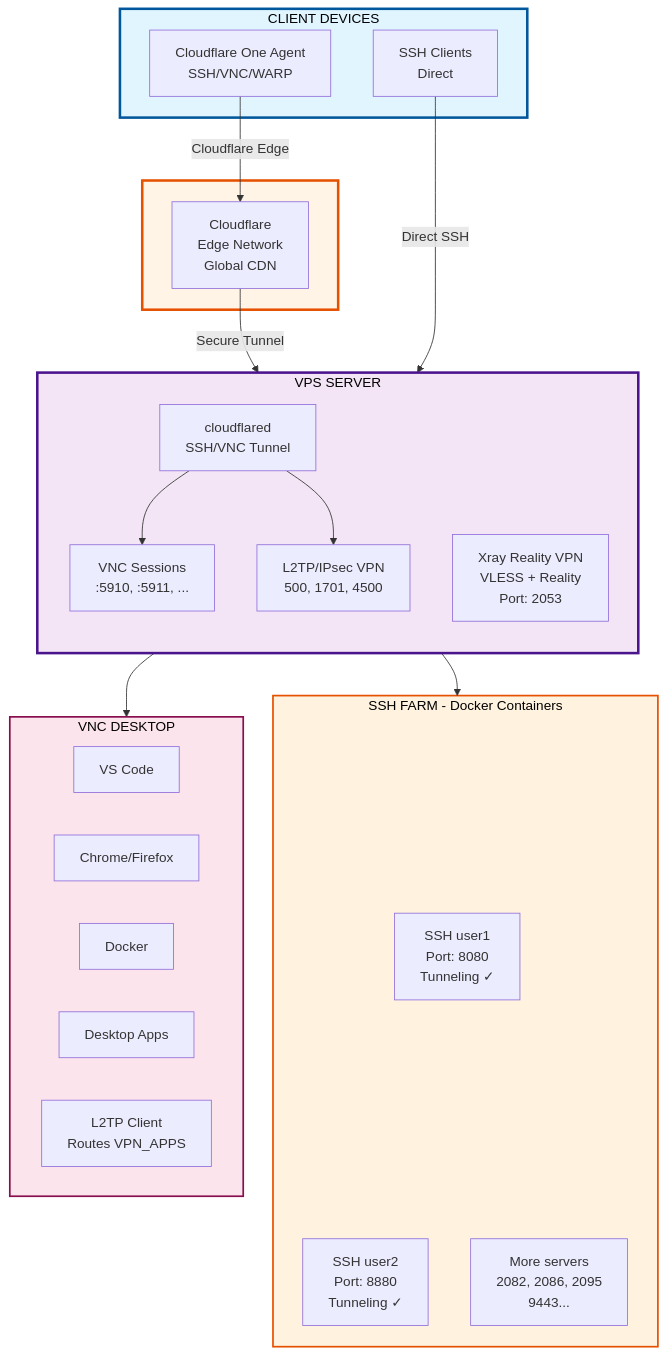
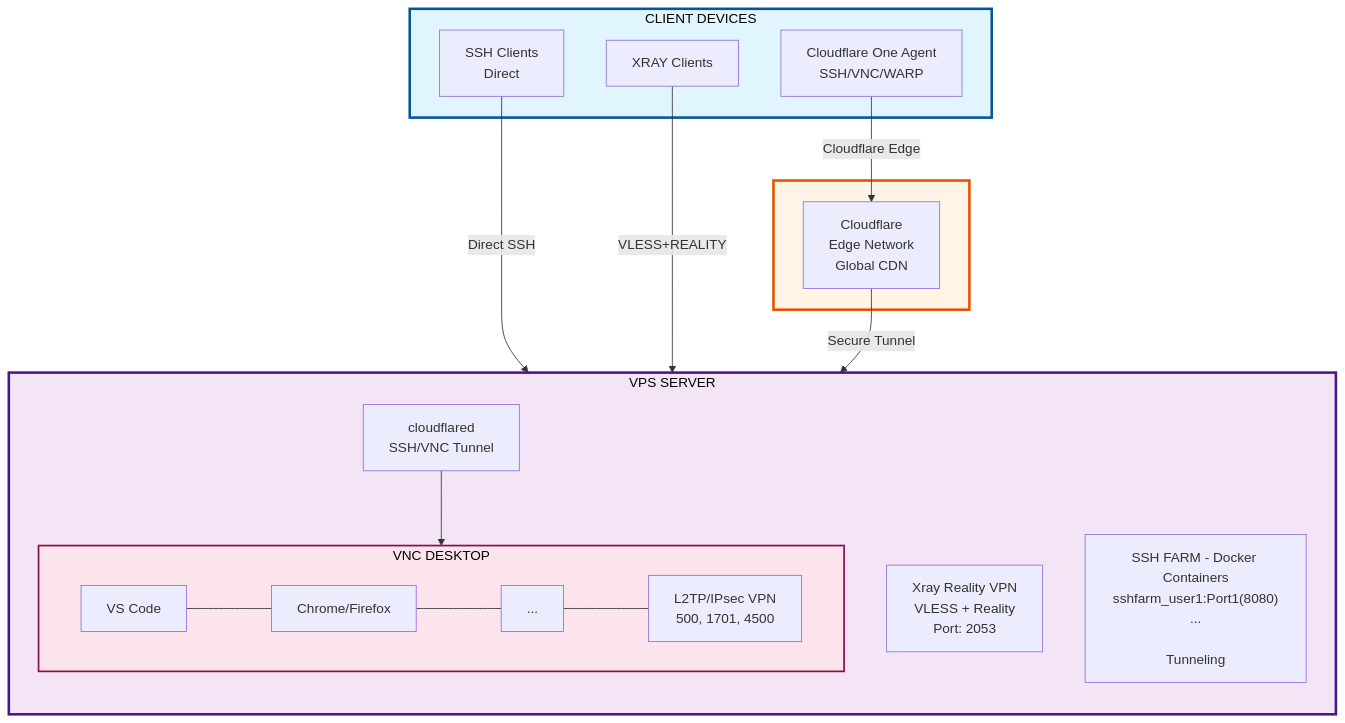
The diagram in README.md (HosseinBeheshti/setupWS), drawn with Mermaid before and after one commit.

Commit message:
Update README: add XRAY clients to architecture diagram and refine SSH farm representation

````diff
--- a/README.md
+++ b/README.md
@@ -16,50 +16,36 @@
 ```mermaid
 flowchart TB
     subgraph CLIENT[" CLIENT DEVICES "]
         CF["Cloudflare One Agent<br/>SSH/VNC/WARP"]
         SSHC["SSH Clients<br/>Direct"]
+        XRAYC["XRAY Clients"]
     end
 
     subgraph EDGE[" "]
         CFE["Cloudflare<br/>Edge Network<br/>Global CDN"]
     end
 
     subgraph VPS[" VPS SERVER "]
         direction TB
         CFD["cloudflared<br/>SSH/VNC Tunnel"]
         XRAY["Xray Reality VPN<br/>VLESS + Reality<br/>Port: 2053"]
-        VNC["VNC Sessions<br/>:5910, :5911, ..."]
-        L2TP["L2TP/IPsec VPN<br/>500, 1701, 4500"]
+        FARM[" SSH FARM - Docker Containers<br/>sshfarm_user1:Port1(8080)<br/>...<br/><br/>Tunneling "]
+        VNC_BOX[" VNC DESKTOP "]
     end
 
-    subgraph FARM[" SSH FARM - Docker Containers "]
-        SSH1["SSH user1<br/>Port: 8080<br/>Tunneling ✓"]
-        SSH2["SSH user2<br/>Port: 8880<br/>Tunneling ✓"]
-        SSH3["More servers<br/>2082, 2086, 2095<br/>9443..."]
-    end
-
-    subgraph DESKTOP[" VNC DESKTOP "]
-        VSCODE["VS Code"]
-        CHROME["Chrome/Firefox"]
-        DOCKER["Docker"]
-        APPS["Desktop Apps"]
-        ROUTE["L2TP Client<br/>Routes VPN_APPS"]
+    subgraph VNC_BOX[" VNC DESKTOP "]
+        direction LR
+        VSCODE["VS Code"] --- CHROME["Chrome/Firefox"] --- APPS["..."] --- L2TP["L2TP/IPsec VPN<br/>500, 1701, 4500"]
     end
 
     CF -->|Cloudflare Edge| CFE
-    SSHC -->|Direct SSH| VPS
+    SSHC -->|Direct SSH| FARM
+    XRAYC -->|VLESS+REALITY| XRAY
     CFE -->|Secure Tunnel| CFD
-    CFD --> VNC
-    CFD --> L2TP
-    XRAY --> FARM
-    VNC --> DESKTOP
-    FARM --- SSH1
-    FARM --- SSH2
-    FARM --- SSH3
+    CFD --> VNC_BOX
 
     style CLIENT fill:#e1f5ff,stroke:#01579b,stroke-width:3px,color:#000
     style EDGE fill:#fff4e6,stroke:#e65100,stroke-width:3px,color:#000
     style VPS fill:#f3e5f5,stroke:#4a148c,stroke-width:3px,color:#000
-    style FARM fill:#fff3e0,stroke:#e65100,stroke-width:2px,color:#000
-    style DESKTOP fill:#fce4ec,stroke:#880e4f,stroke-width:2px,color:#000
+    style VNC_BOX fill:#fce4ec,stroke:#880e4f,stroke-width:2px,color:#000
 ```
````
